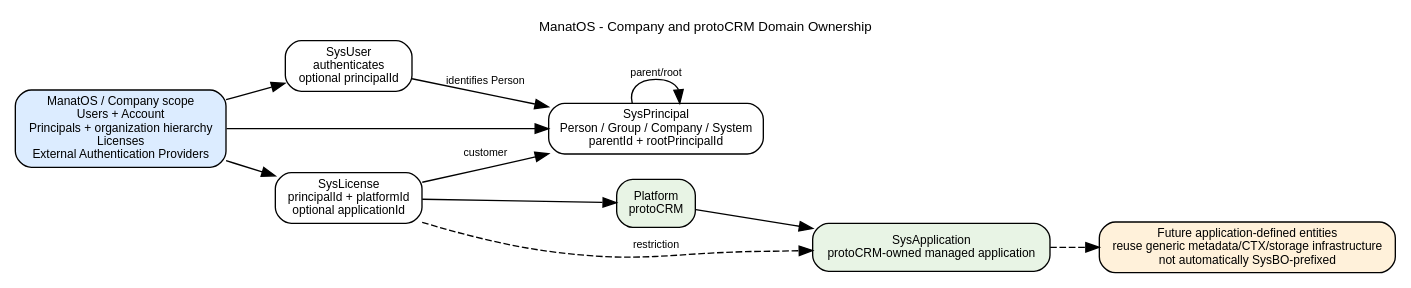
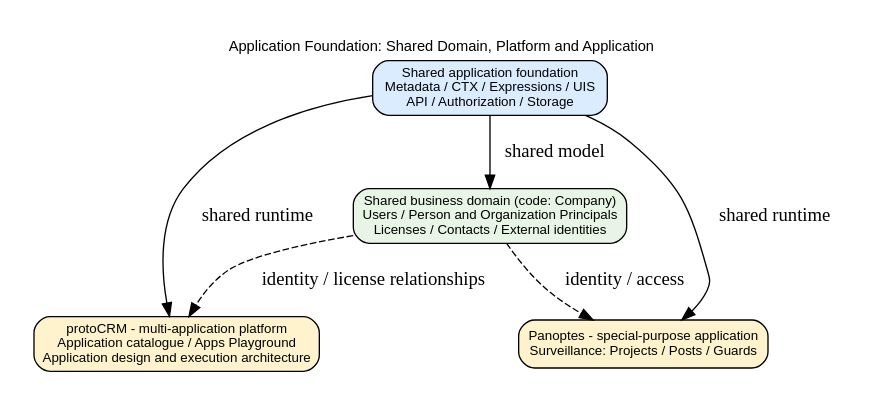
One commit to ymanatos1/ManatOS changed the diagram in docs/diagrams/01-domain-model.dot. Above: the diagram before and after it, drawn with Graphviz. The commit also changed 1454 other files, not shown here.

Commit message:
Multi UIs new architecture.

```diff
--- a/docs/diagrams/01-domain-model.dot
+++ b/docs/diagrams/01-domain-model.dot
@@ -1,13 +1,13 @@
-digraph G {
- graph [fontname="Arial", fontsize=10, bgcolor="white", labelloc="t", label="ManatOS - Company and protoCRM Domain Ownership"];
- node [fontname="Arial", fontsize=9, shape=box, style="rounded,filled", fillcolor="white"];
- edge [fontname="Arial", fontsize=8]; rankdir=LR;
- company [label="ManatOS / Company scope\nUsers + Account\nPrincipals + organization hierarchy\nLicenses\nExternal Authentication Providers", fillcolor="#dcecff"];
- user [label="SysUser\nauthenticates\noptional principalId"];
- principal [label="SysPrincipal\nPerson / Group / Company / System\nparentId + rootPrincipalId"];
- license [label="SysLicense\nprincipalId + platformId\noptional applicationId"];
- platform [label="Platform\nprotoCRM", fillcolor="#e8f4e5"];
- app [label="SysApplication\nprotoCRM-owned managed application", fillcolor="#e8f4e5"];
- future [label="Future application-defined entities\nreuse generic metadata/CTX/storage infrastructure\nnot automatically SysBO-prefixed", fillcolor="#fff1da"];
- company -> user; company -> principal; company -> license; user -> principal [label="identifies Person"]; principal -> principal [label="parent/root"]; license -> principal [label="customer"]; license -> platform; license -> app [style=dashed,label="restriction"]; platform -> app; app -> future [style=dashed];
+digraph Domains {
+  graph [fontname="Arial",fontsize=11,bgcolor="white",labelloc="t",label="Application Foundation: Shared Domain, Platform and Application",pad="0.25",rankdir=TB,nodesep="0.45",ranksep="0.55"];
+  node [fontname="Arial",fontsize=10,shape=box,style="rounded,filled",fillcolor="#f7f8fa"];
+  foundation [label="Shared application foundation\nMetadata / CTX / Expressions / UIS\nAPI / Authorization / Storage", fillcolor="#dcecff"];
+  shared [label="Shared business domain (code: Company)\nUsers / Person and Organization Principals\nLicenses / Contacts / External identities", fillcolor="#e8f4e5"];
+  proto [label="protoCRM - multi-application platform\nApplication catalogue / Apps Playground\nApplication design and execution architecture", fillcolor="#fff3cd"];
+  pano [label="Panoptes - special-purpose application\nSurveillance: Projects / Posts / Guards", fillcolor="#fff3cd"];
+  foundation -> shared [label="shared model"];
+  foundation -> proto [label="shared runtime"];
+  foundation -> pano [label="shared runtime"];
+  shared -> proto [style=dashed,label="identity / license relationships"];
+  shared -> pano [style=dashed,label="identity / access"];
 }
```
